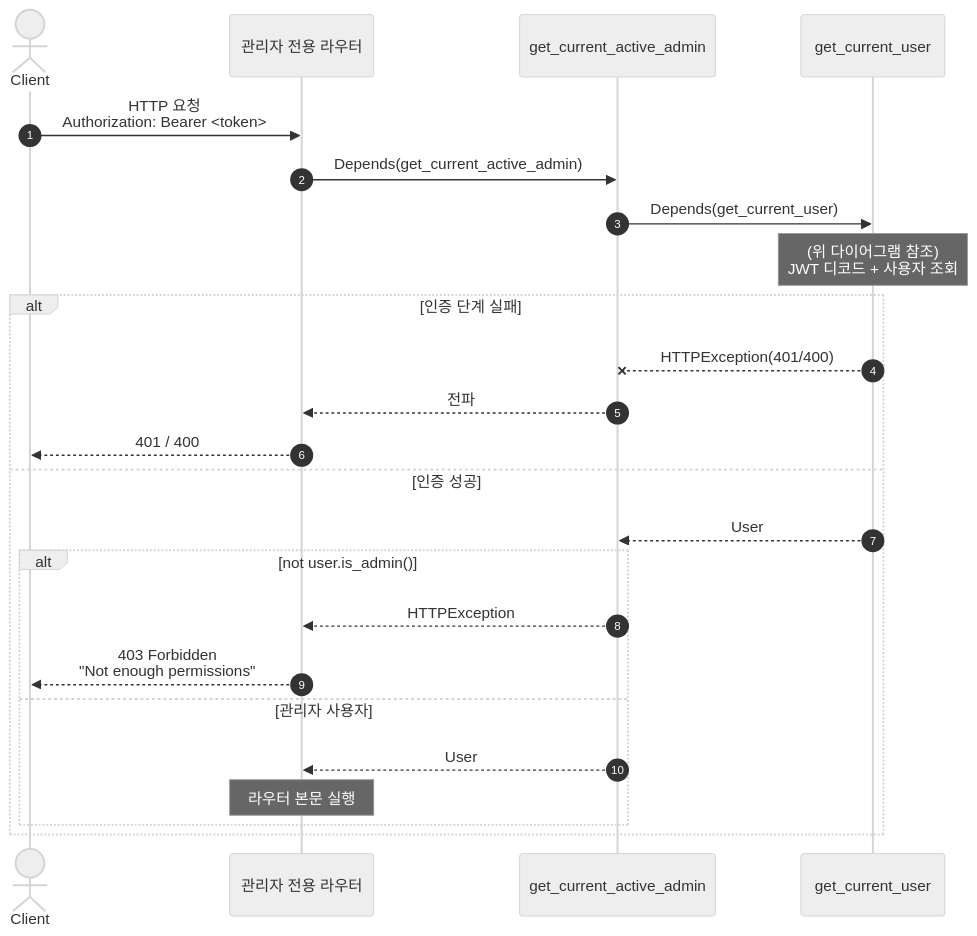
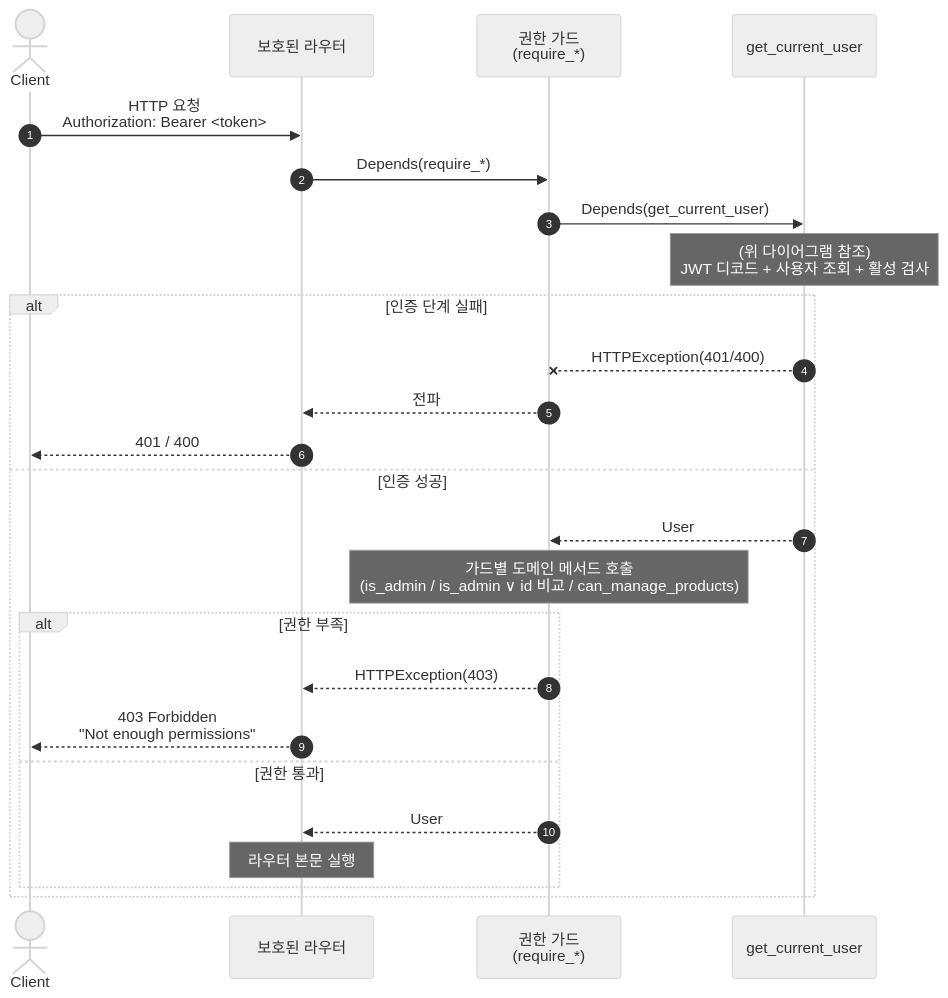
One commit to hjp7461/fastapi-sample changed the second of 2 diagrams in docs/diagram/인증_및_권한.md. Above: the diagram before and after it, drawn with Mermaid (neutral theme). The commit also changed other lines of this file and 7 other files, not shown here.

First line of the commit message:
docs(diagram): require_* 명명 + staff 권한 + Product viewer 분기 정합

````diff
--- a/docs/diagram/인증_및_권한.md
+++ b/docs/diagram/인증_및_권한.md
@@ -71,28 +76,29 @@
 ```mermaid
 sequenceDiagram
     autonumber
     actor Client
-    participant Route as 관리자 전용 라우터
-    participant Admin as get_current_active_admin
+    participant Route as 보호된 라우터
+    participant Guard as 권한 가드<br/>(require_*)
     participant User as get_current_user
 
     Client->>Route: HTTP 요청<br/>Authorization: Bearer <token>
-    Route->>Admin: Depends(get_current_active_admin)
-    Admin->>User: Depends(get_current_user)
-    Note over User: (위 다이어그램 참조)<br/>JWT 디코드 + 사용자 조회
+    Route->>Guard: Depends(require_*)
+    Guard->>User: Depends(get_current_user)
+    Note over User: (위 다이어그램 참조)<br/>JWT 디코드 + 사용자 조회 + 활성 검사
 
     alt 인증 단계 실패
-        User--xAdmin: HTTPException(401/400)
-        Admin-->>Route: 전파
+        User--xGuard: HTTPException(401/400)
+        Guard-->>Route: 전파
         Route-->>Client: 401 / 400
     else 인증 성공
-        User-->>Admin: User
-        alt not user.is_admin()
-            Admin-->>Route: HTTPException
+        User-->>Guard: User
+        Note over Guard: 가드별 도메인 메서드 호출<br/>(is_admin / is_admin ∨ id 비교 / can_manage_products)
+        alt 권한 부족
+            Guard-->>Route: HTTPException(403)
             Route-->>Client: 403 Forbidden<br/>"Not enough permissions"
-        else 관리자 사용자
-            Admin-->>Route: User
+        else 권한 통과
+            Guard-->>Route: User
             Note over Route: 라우터 본문 실행
         end
     end
 ```
````
